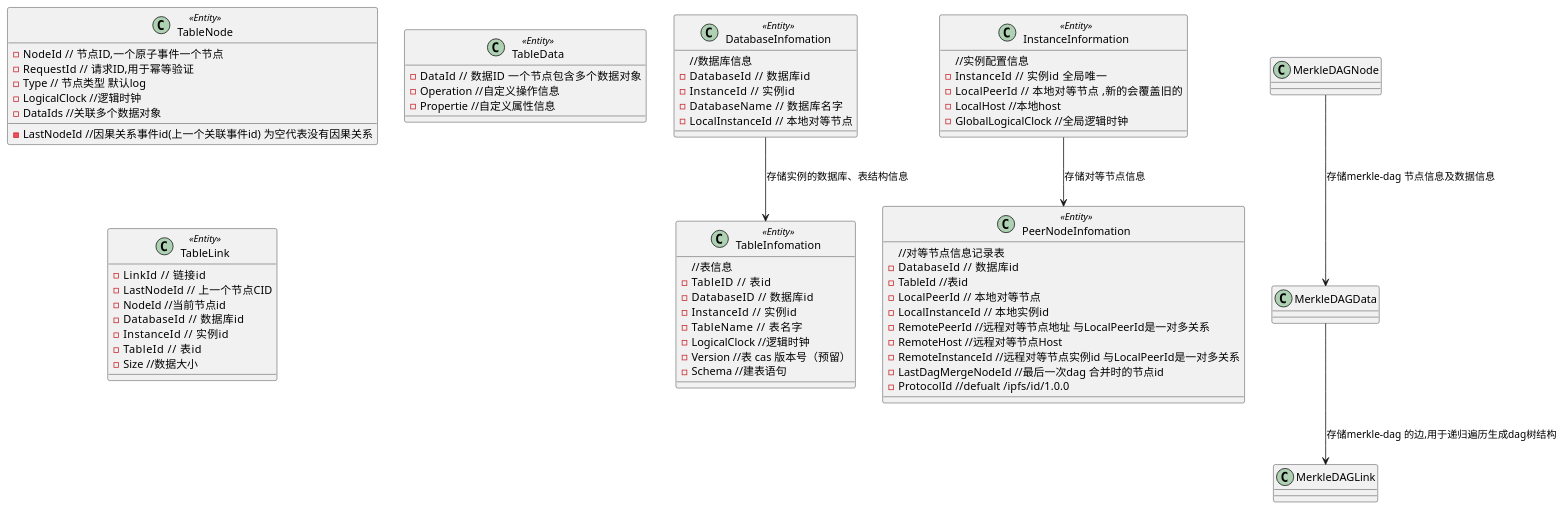
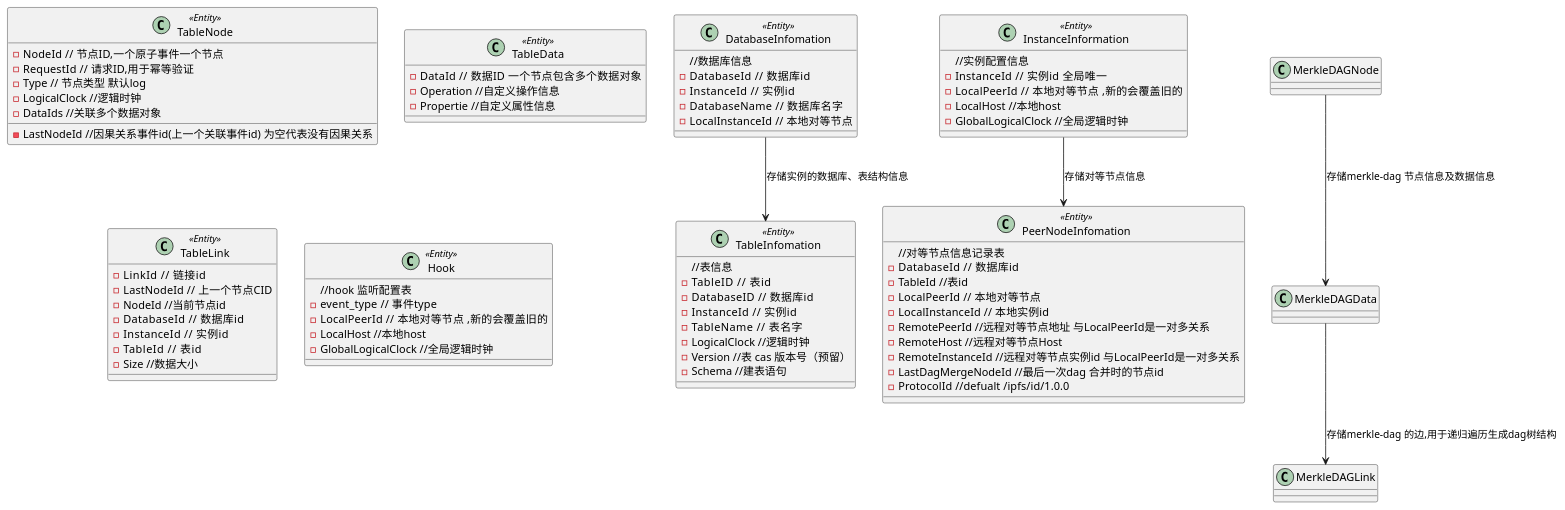
The diagram in docs/zh-cn/entity/persistence.puml (Rock-Lee-520/p2pdb), drawn with PlantUML before and after one commit. The commit also changed 2 other files, not shown here.

```diff
--- a/docs/zh-cn/entity/persistence.puml
+++ b/docs/zh-cn/entity/persistence.puml
@@ -3,96 +3,106 @@
 @startuml
 
 class TableNode <<Entity>> {
     - NodeId  // 节点ID,一个原子事件一个节点
     - RequestId //  请求ID,用于幂等验证
     - Type // 节点类型 默认log
     - LogicalClock //逻辑时钟
     - LastNodeId //因果关系事件id(上一个关联事件id) 为空代表没有因果关系                 
     - DataIds //关联多个数据对象            
 }
 
 
 class TableData <<Entity>> {
     - DataId  // 数据ID  一个节点包含多个数据对象
     - Operation //自定义操作信息
     - Propertie //自定义属性信息                 
 }
 
 class TableLink <<Entity>> {
     - LinkId   // 链接id
     - LastNodeId  // 上一个节点CID
     - NodeId //当前节点id
     - DatabaseId   // 数据库id
     - InstanceId   // 实例id
     - TableId   // 表id
     - Size //数据大小
 }
 
 
 class DatabaseInfomation <<Entity>> {
     //数据库信息
     - DatabaseId   // 数据库id
     - InstanceId   // 实例id
     - DatabaseName   // 数据库名字
     - LocalInstanceId  // 本地对等节点
 }
 
 
 class TableInfomation <<Entity>> {
     //表信息
     - TableID   // 表id 
     - DatabaseID   // 数据库id 
     - InstanceId   // 实例id
     - TableName   // 表名字
     - LogicalClock //逻辑时钟
     - Version //表 cas 版本号（预留）
     - Schema //建表语句
 
 }
 
 
 class PeerNodeInfomation <<Entity>> {
     //对等节点信息记录表
     - DatabaseId   // 数据库id
     - TableId //表id
     - LocalPeerId  // 本地对等节点
     - LocalInstanceId  // 本地实例id
     - RemotePeerId //远程对等节点地址 与LocalPeerId是一对多关系
     - RemoteHost //远程对等节点Host 
     - RemoteInstanceId //远程对等节点实例id 与LocalPeerId是一对多关系
     - LastDagMergeNodeId //最后一次dag 合并时的节点id
     - ProtocolId  //defualt /ipfs/id/1.0.0
 }
 
 
 
 
 
 
 class InstanceInformation <<Entity>> {
     //实例配置信息
     - InstanceId  // 实例id  全局唯一
     - LocalPeerId  // 本地对等节点  ,新的会覆盖旧的
     - LocalHost //本地host
     - GlobalLogicalClock //全局逻辑时钟
 
 }
 
 
+class Hook <<Entity>> {
+    //hook 监听配置表
+    - event_type  // 事件type
+    - LocalPeerId  // 本地对等节点  ,新的会覆盖旧的
+    - LocalHost //本地host
+    - GlobalLogicalClock //全局逻辑时钟
+
+}
+
+
 
 InstanceInformation --> PeerNodeInfomation : 存储对等节点信息
 ' note on link #red: note that is red
 
 
 ' PeerNodeInfomation --> NodeSyncInfomation : A link
 MerkleDAGNode --> MerkleDAGData : 存储merkle-dag 节点信息及数据信息
 ' note right on link #blue
 ' this is my note on right link
 ' end note
 
 MerkleDAGData --> MerkleDAGLink : 存储merkle-dag 的边,用于递归遍历生成dag树结构
 ' note right on link #blue
 ' this is my note on right link
 ' end note
 DatabaseInfomation --> TableInfomation :存储实例的数据库、表结构信息
 @enduml
```
